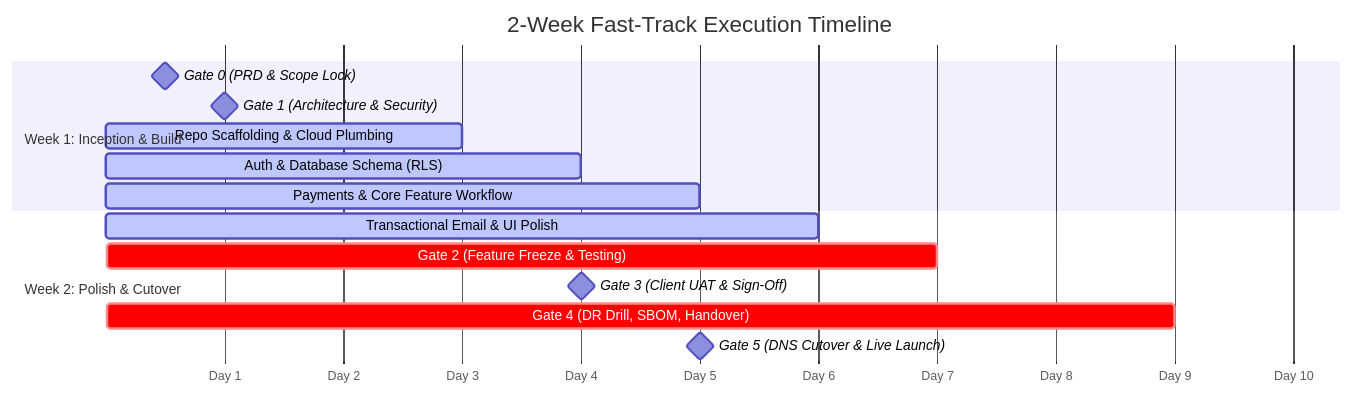
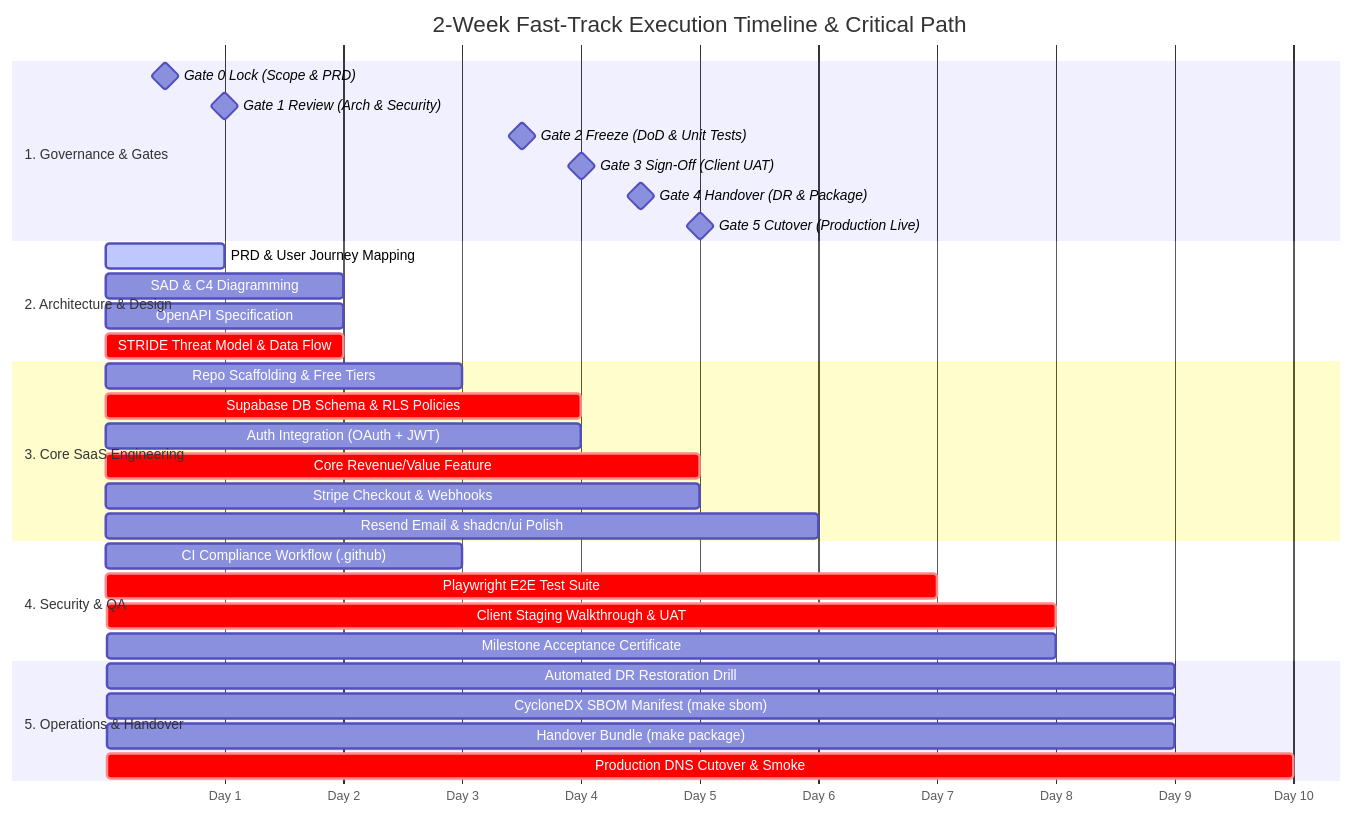
Before and after one commit to nihaljangave/sdlc-std-roles: the second of 2 diagrams in docs/playbooks/TWO_WEEK_FAST_TRACK_PRODUCT_PLAYBOOK.md, drawn with Mermaid. The commit also changed other lines of this file and 1 other file, not shown here.

Commit message:
feat(playbook): add interactive 2-week fast-track Gantt timeline and pace tracker

````diff
--- a/docs/playbooks/TWO_WEEK_FAST_TRACK_PRODUCT_PLAYBOOK.md
+++ b/docs/playbooks/TWO_WEEK_FAST_TRACK_PRODUCT_PLAYBOOK.md
@@ -67,20 +67,40 @@
 ```mermaid
 gantt
-    title 2-Week Fast-Track Execution Timeline
+    title 2-Week Fast-Track Execution Timeline & Critical Path
     dateFormat  X
     axisFormat Day %s
 
-    section Week 1: Inception & Build
-    Gate 0 (PRD & Scope Lock)         :milestone, m0, 1, 1
-    Gate 1 (Architecture & Security)   :milestone, m1, 2, 2
-    Repo Scaffolding & Cloud Plumbing :active, 3, 3
-    Auth & Database Schema (RLS)       :active, 4, 4
-    Payments & Core Feature Workflow   :active, 5, 5
+    section 1. Governance & Gates
+    Gate 0 Lock (Scope & PRD)         :milestone, g0, 1, 1
+    Gate 1 Review (Arch & Security)   :milestone, g1, 2, 2
+    Gate 2 Freeze (DoD & Unit Tests)  :milestone, g2, 7, 7
+    Gate 3 Sign-Off (Client UAT)      :milestone, g3, 8, 8
+    Gate 4 Handover (DR & Package)    :milestone, g4, 9, 9
+    Gate 5 Cutover (Production Live)  :milestone, g5, 10, 10
 
-    section Week 2: Polish & Cutover
-    Transactional Email & UI Polish    :active, 6, 6
-    Gate 2 (Feature Freeze & Testing)  :crit, 7, 7
-    Gate 3 (Client UAT & Sign-Off)     :milestone, m3, 8, 8
-    Gate 4 (DR Drill, SBOM, Handover)  :crit, 9, 9
-    Gate 5 (DNS Cutover & Live Launch) :milestone, m5, 10, 10
+    section 2. Architecture & Design
+    PRD & User Journey Mapping        :active, prd, 1, 1
+    SAD & C4 Diagramming              :arch, 1, 2
+    OpenAPI Specification             :api, 2, 2
+    STRIDE Threat Model & Data Flow   :crit, sec, 2, 2
+
+    section 3. Core SaaS Engineering
+    Repo Scaffolding & Free Tiers     :scaff, 3, 3
+    Supabase DB Schema & RLS Policies :crit, db, 3, 4
+    Auth Integration (OAuth + JWT)    :auth, 4, 4
+    Core Revenue/Value Feature        :crit, feat, 4, 5
+    Stripe Checkout & Webhooks        :pay, 5, 5
+    Resend Email & shadcn/ui Polish   :ui, 6, 6
+
+    section 4. Security & QA
+    CI Compliance Workflow (.github)  :ci, 3, 3
+    Playwright E2E Test Suite         :crit, e2e, 6, 7
+    Client Staging Walkthrough & UAT  :crit, uat, 7, 8
+    Milestone Acceptance Certificate  :cert, 8, 8
+
+    section 5. Operations & Handover
+    Automated DR Restoration Drill    :dr, 8, 9
+    CycloneDX SBOM Manifest (make sbom):sbom, 9, 9
+    Handover Bundle (make package)    :pkg, 9, 9
+    Production DNS Cutover & Smoke    :crit, live, 10, 10
 ```
````
